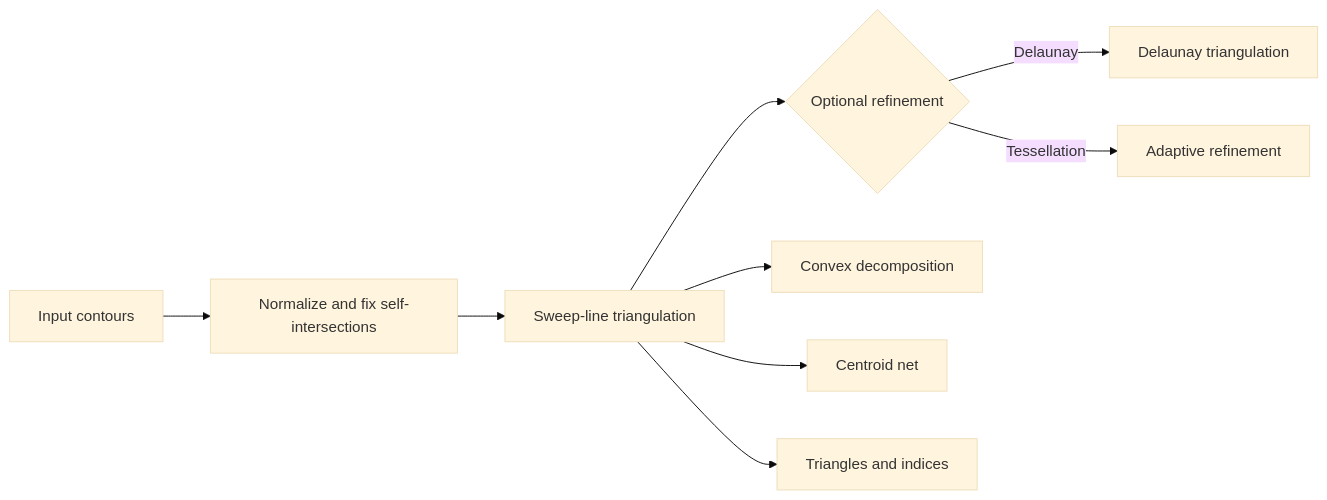
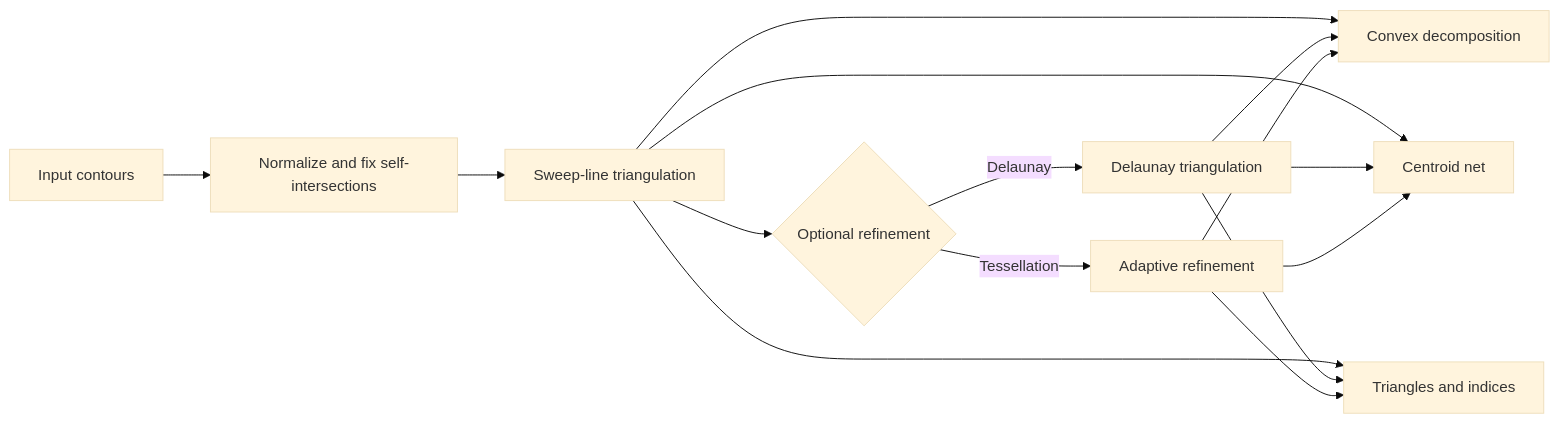
One commit to iShape-Rust/iTriangle changed the diagram in iTriangle/README.md. Above: the diagram before and after it, drawn with Mermaid (base theme). The commit also changed other lines of this file, not shown here.

````diff
--- a/iTriangle/README.md
+++ b/iTriangle/README.md
@@ -49,11 +49,17 @@
 ```mermaid
 flowchart LR
     A[Input contours] --> B[Normalize and fix self-intersections]
     B --> C[Sweep-line triangulation]
     C --> D{Optional refinement}
     D -->|Delaunay| E[Delaunay triangulation]
     D -->|Tessellation| F[Adaptive refinement]
     C --> G[Convex decomposition]
     C --> H[Centroid net]
     C --> I[Triangles and indices]
+    E --> G
+    E --> H
+    E --> I
+    F --> G
+    F --> H
+    F --> I
 ```
````
